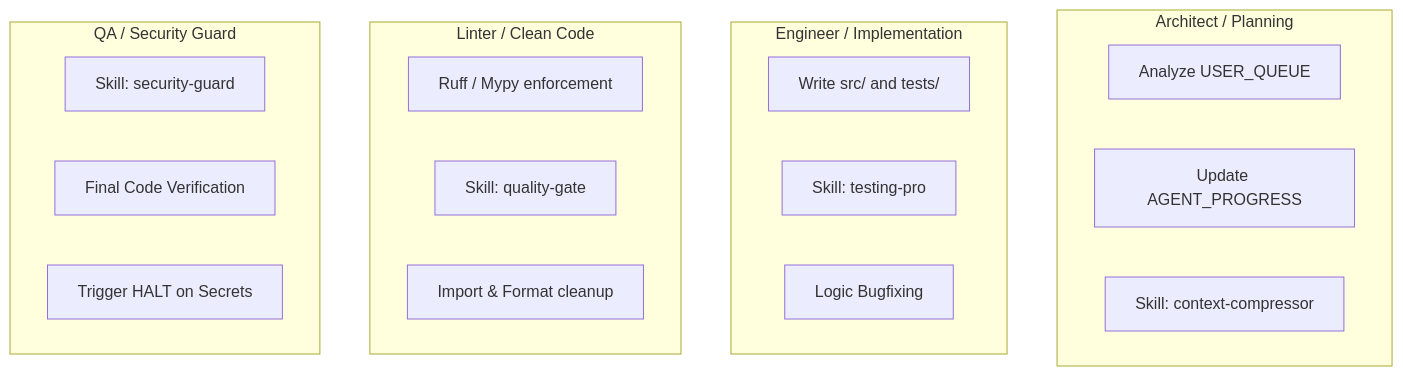
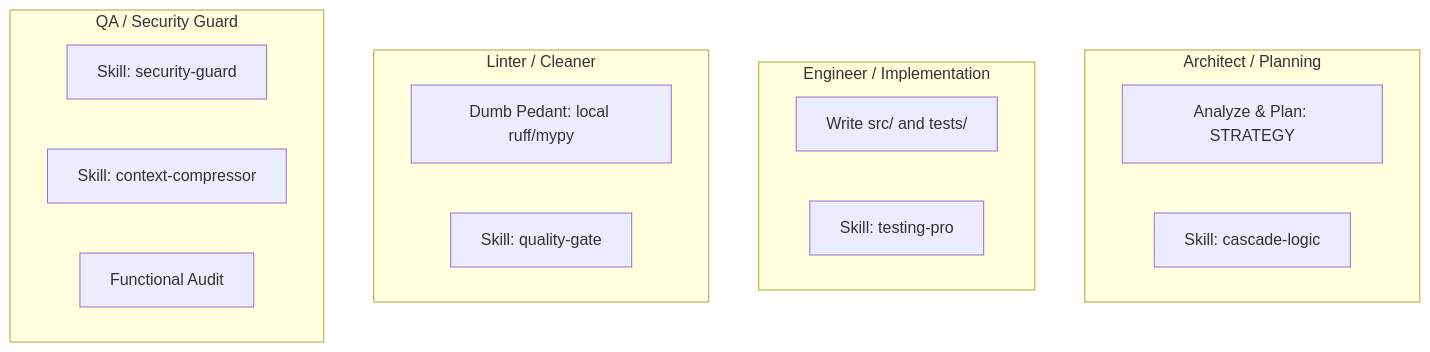
Before and after one commit to OpenXFlow/ci-dev-lens: the fourth of 5 diagrams in docs/ci_architecture/flow_diagrams_operations_map.md, drawn with Mermaid. The commit also changed other lines of this file and 25 other files, not shown here.

````diff
--- a/docs/ci_architecture/flow_diagrams_operations_map.md
+++ b/docs/ci_architecture/flow_diagrams_operations_map.md
@@ -97,26 +139,23 @@
 ```mermaid
 flowchart TB
     subgraph Queen [Architect / Planning]
-        Q1[Analyze USER_QUEUE]
-        Q2[Update AGENT_PROGRESS]
-        Q3[Skill: context-compressor]
+        Q1[Analyze & Plan: STRATEGY]
+        Q2[Skill: cascade-logic]
     end
 
     subgraph Developer [Engineer / Implementation]
         D1[Write src/ and tests/]
         D2[Skill: testing-pro]
-        D3[Logic Bugfixing]
     end
 
-    subgraph Pedant [Linter / Clean Code]
-        P1[Ruff / Mypy enforcement]
+    subgraph Pedant [Linter / Cleaner]
+        P1[Dumb Pedant: local ruff/mypy]
         P2[Skill: quality-gate]
-        P3[Import & Format cleanup]
     end
 
     subgraph Auditor [QA / Security Guard]
         A1[Skill: security-guard]
-        A2[Final Code Verification]
-        A3[Trigger HALT on Secrets]
+        A2[Skill: context-compressor]
+        A3[Functional Audit]
     end
 ```
````
